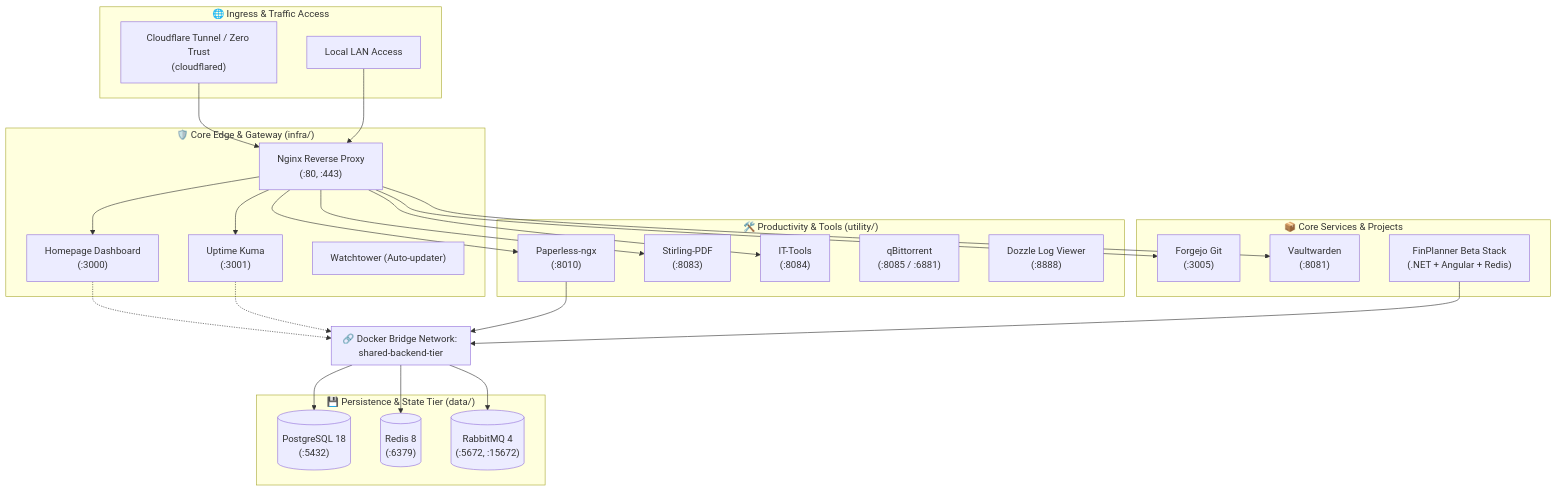
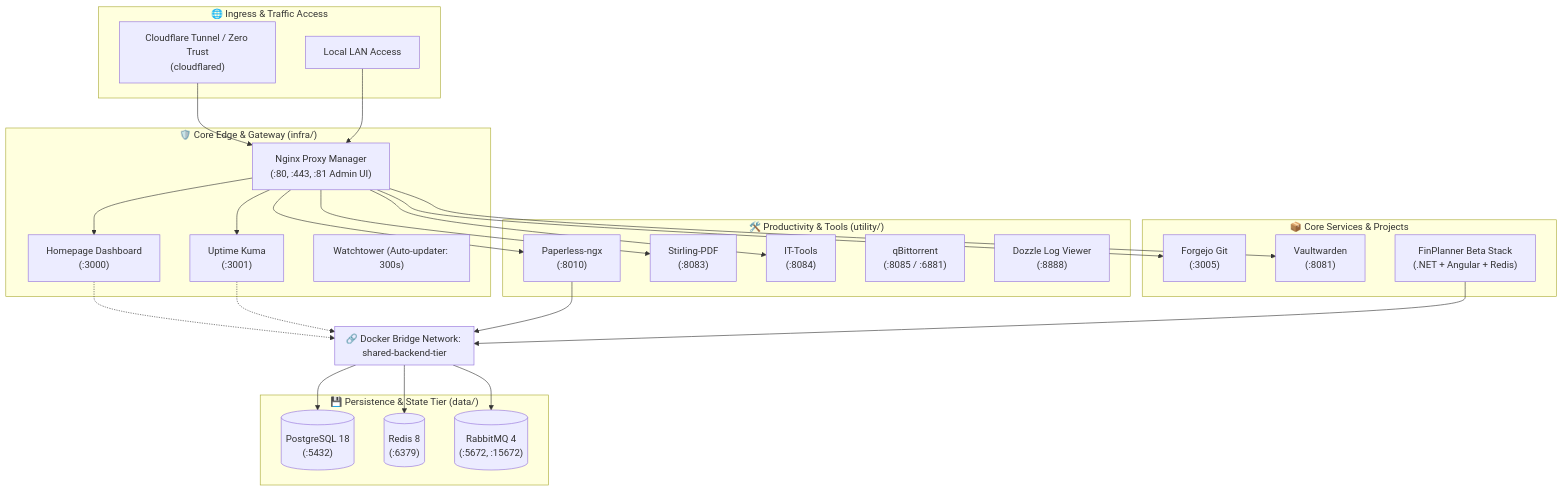
Before and after one commit to SMARTSKA97/homelab-infra: the diagram in README.md, drawn with Mermaid. The commit also changed other lines of this file and 1 other file, not shown here.

````diff
--- a/README.md
+++ b/README.md
@@ -39,56 +39,56 @@
 ```mermaid
 flowchart TD
     subgraph Internet_or_LAN["🌐 Ingress & Traffic Access"]
         CF["Cloudflare Tunnel / Zero Trust<br/>(cloudflared)"]
         LAN["Local LAN Access"]
     end
 
     subgraph Edge_Tier["🛡️ Core Edge & Gateway (infra/)"]
-        NGINX["Nginx Reverse Proxy<br/>(:80, :443)"]
+        NPM["Nginx Proxy Manager<br/>(:80, :443, :81 Admin UI)"]
         HOMEPAGE["Homepage Dashboard<br/>(:3000)"]
         UPTIME["Uptime Kuma<br/>(:3001)"]
-        WATCHTOWER["Watchtower (Auto-updater)"]
+        WATCHTOWER["Watchtower (Auto-updater: 300s)"]
     end
 
     subgraph Network_Bridge["🔗 Docker Bridge Network: shared-backend-tier"]
         direction TB
     end
 
     subgraph Data_Tier["💾 Persistence & State Tier (data/)"]
         POSTGRES[("PostgreSQL 18<br/>(:5432)")]
         REDIS[("Redis 8<br/>(:6379)")]
         RABBITMQ[("RabbitMQ 4<br/>(:5672, :15672)")]
     end
 
     subgraph Utility_Tier["🛠️ Productivity & Tools (utility/)"]
         PAPERLESS["Paperless-ngx<br/>(:8010)"]
         STIRLING["Stirling-PDF<br/>(:8083)"]
         ITTOOLS["IT-Tools<br/>(:8084)"]
         QBIT["qBittorrent<br/>(:8085 / :6881)"]
         DOZZLE["Dozzle Log Viewer<br/>(:8888)"]
     end
 
     subgraph Core_Projects["📦 Core Services & Projects"]
         FORGEJO["Forgejo Git<br/>(:3005)"]
         VAULT["Vaultwarden<br/>(:8081)"]
         FINPLANNER["FinPlanner Beta Stack<br/>(.NET + Angular + Redis)"]
     end
 
-    CF --> NGINX
-    LAN --> NGINX
-    NGINX --> HOMEPAGE
-    NGINX --> UPTIME
-    NGINX --> PAPERLESS
-    NGINX --> STIRLING
-    NGINX --> ITTOOLS
-    NGINX --> VAULT
-    NGINX --> FORGEJO
+    CF --> NPM
+    LAN --> NPM
+    NPM --> HOMEPAGE
+    NPM --> UPTIME
+    NPM --> PAPERLESS
+    NPM --> STIRLING
+    NPM --> ITTOOLS
+    NPM --> VAULT
+    NPM --> FORGEJO
 
     HOMEPAGE -.-> Network_Bridge
     UPTIME -.-> Network_Bridge
     PAPERLESS --> Network_Bridge
     Network_Bridge --> POSTGRES
     Network_Bridge --> REDIS
     Network_Bridge --> RABBITMQ
     FINPLANNER --> Network_Bridge
 ```
````
